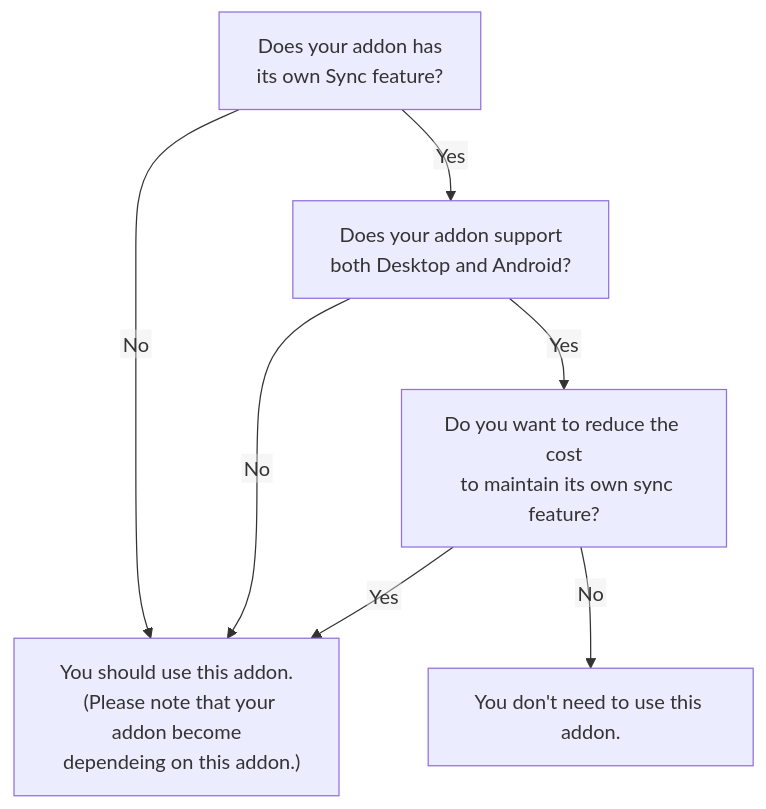
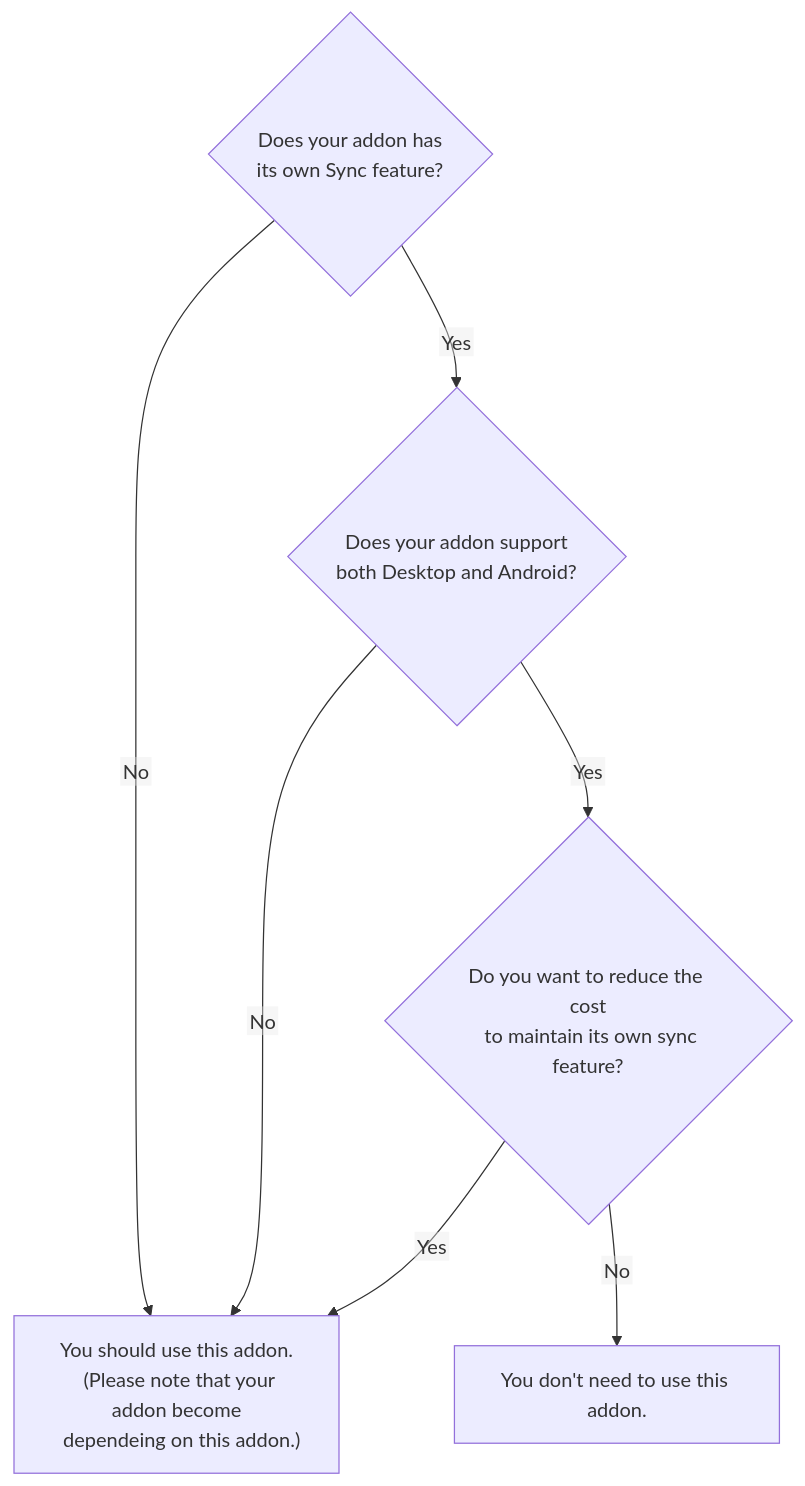
Before and after one commit to piroor/send-tabs-to-device-simulator: the diagram in README.md, drawn with Mermaid.

Commit message:
Show questions as rhombus

````diff
--- a/README.md
+++ b/README.md
@@ -16,23 +16,27 @@
 ```mermaid
 %%{init: {"flowchart": {"htmlLabels": false}} }%%
 flowchart TD;
-  HasOwnSync["Does your addon has
-  its own Sync feature?"]
-  BothSupport["Does your addon support
-  both Desktop and Android?"]
-  ReduceCost["Do you want to reduce the cost
-  to maintain its own sync feature?"]
+  HasOwnSync{"Does your addon has
+  its own Sync feature?"}
+
+  BothSupport{"Does your addon support
+  both Desktop and Android?"}
+
+  ReduceCost{"Do you want to reduce the cost
+  to maintain its own sync feature?"}
+
   Need["You should use this addon.
   (Please note that your addon become
   dependeing on this addon.)"]
+
   NoNeed["You don't need to use this addon."]
 
   HasOwnSync-->|Yes|BothSupport
   HasOwnSync-->|No|Need
 
   BothSupport-->|Yes|ReduceCost
   BothSupport-->|No|Need
 
   ReduceCost-->|Yes|Need
   ReduceCost-->|No|NoNeed
 ```
````
